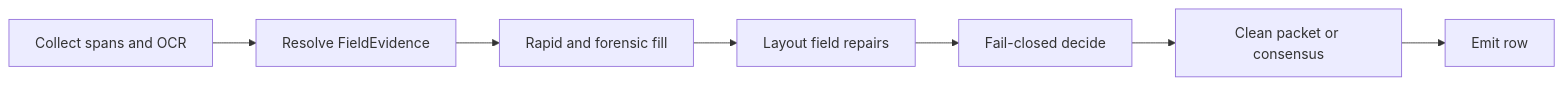
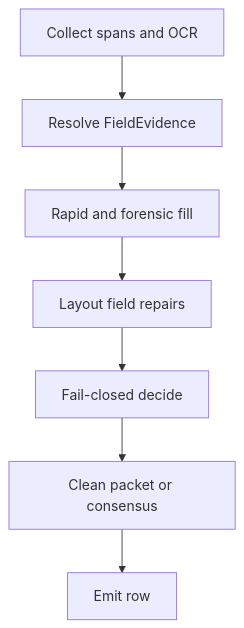
One commit to afifi-yusuf/mib-doc-solution changed the diagram in README.md. Above: the diagram before and after it, drawn with Mermaid.

Commit message:
Make README pipeline flowchart vertical.

````diff
--- a/README.md
+++ b/README.md
@@ -46,11 +46,11 @@
 ```mermaid
-flowchart LR
+flowchart TB
   collect[Collect spans and OCR]
   resolve[Resolve FieldEvidence]
   gap[Rapid and forensic fill]
   repair[Layout field repairs]
   decide[Fail-closed decide]
   unlock[Clean packet or consensus]
   emit[Emit row]
   collect --> resolve --> gap --> repair --> decide --> unlock --> emit
 ```
````
